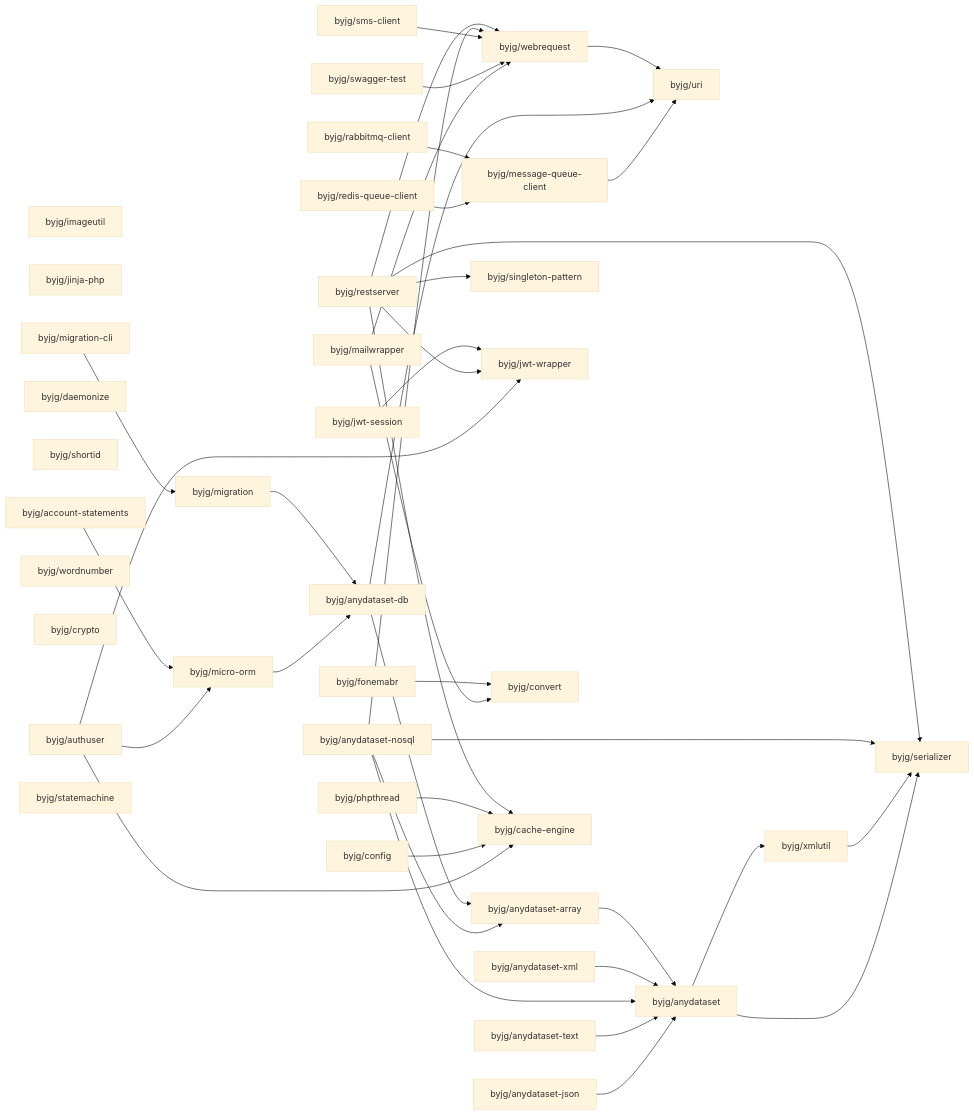
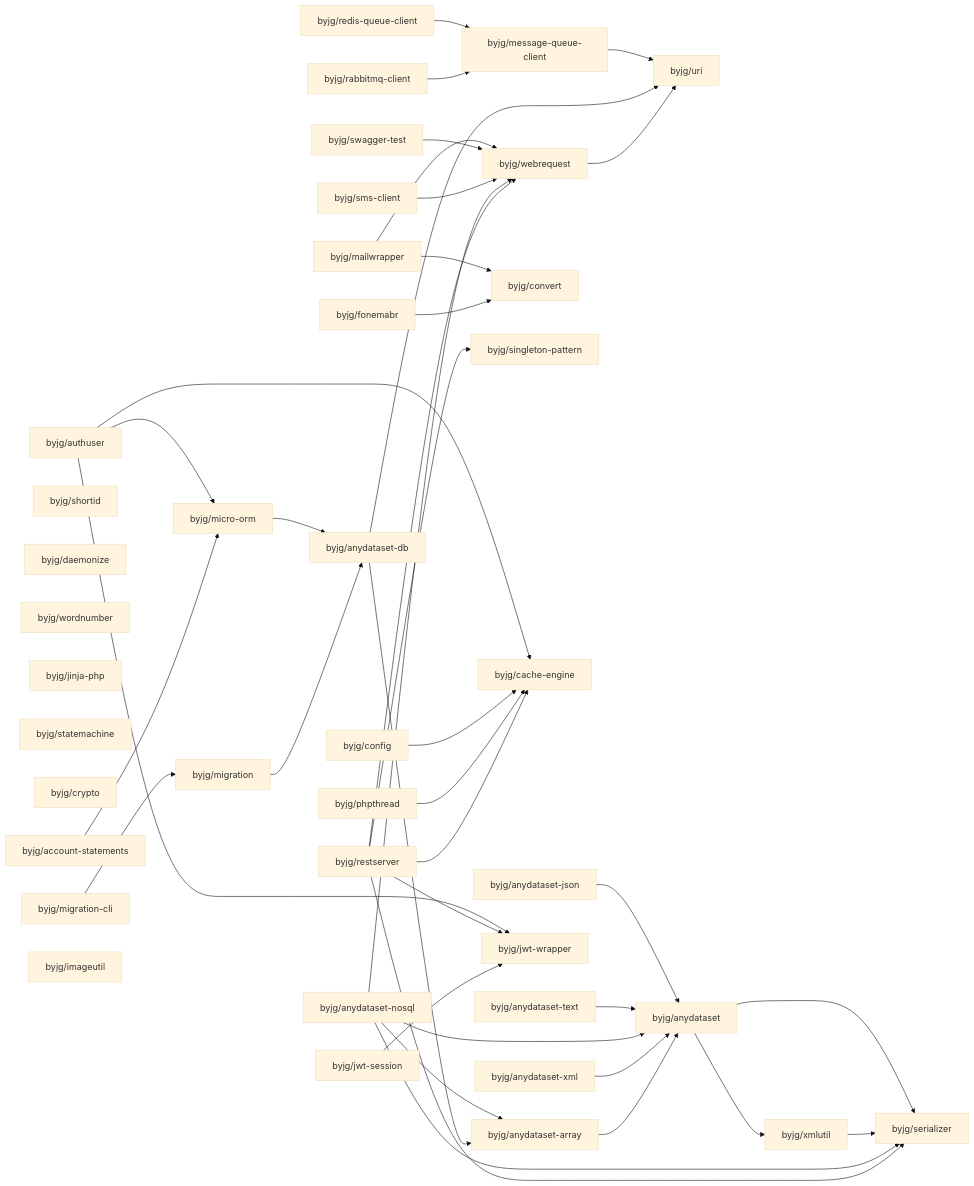
The diagram in docs/php/README.md (byjg/byjg.github.io), drawn with Mermaid (base theme) before and after one commit. The commit also changed other lines of this file, not shown here.

Commit message:
Update documentation 'php' 'php-migration'

````diff
--- a/docs/php/README.md
+++ b/docs/php/README.md
@@ -3,78 +3,78 @@
 ```mermaid
 graph LR;
+  byjg/sms-client;
+  byjg/authuser;
   byjg/anydataset-xml;
-  byjg/rabbitmq-client;
-  byjg/imageutil;
+  byjg/swagger-test;
+  byjg/shortid;
+  byjg/mailwrapper;
+  byjg/anydataset-nosql;
+  byjg/daemonize;
   byjg/fonemabr;
   byjg/jwt-session;
+  byjg/rabbitmq-client;
+  byjg/wordnumber;
+  byjg/config;
+  byjg/anydataset-text;
   byjg/jinja-php;
+  byjg/phpthread;
+  byjg/statemachine;
+  byjg/anydataset-json;
+  byjg/crypto;
+  byjg/migration-cli;
+  byjg/restserver;
   byjg/account-statements;
-  byjg/daemonize;
-  byjg/shortid;
-  byjg/migration-cli;
-  byjg/wordnumber;
   byjg/redis-queue-client;
-  byjg/sms-client;
-  byjg/phpthread;
-  byjg/anydataset-json;
-  byjg/restserver;
-  byjg/crypto;
-  byjg/swagger-test;
-  byjg/authuser;
-  byjg/anydataset-text;
-  byjg/mailwrapper;
-  byjg/anydataset-nosql;
-  byjg/statemachine;
-  byjg/config;
+  byjg/imageutil;
+  byjg/convert;
   byjg/migration;
+  byjg/singleton-pattern;
+  byjg/cache-engine;
+  byjg/webrequest;
+  byjg/jwt-wrapper;
+  byjg/micro-orm;
   byjg/message-queue-client;
-  byjg/singleton-pattern;
-  byjg/micro-orm;
-  byjg/jwt-wrapper;
-  byjg/convert;
-  byjg/webrequest;
-  byjg/cache-engine;
   byjg/anydataset-db;
   byjg/anydataset-array;
   byjg/uri;
   byjg/anydataset;
   byjg/xmlutil;
   byjg/serializer;
   byjg/account-statements --> byjg/micro-orm;
   byjg/fonemabr --> byjg/convert;
   byjg/webrequest --> byjg/uri;
   byjg/anydataset-array --> byjg/anydataset;
   byjg/anydataset-xml --> byjg/anydataset;
   byjg/rabbitmq-client --> byjg/message-queue-client;
   byjg/redis-queue-client --> byjg/message-queue-client;
   byjg/jwt-session --> byjg/jwt-wrapper;
   byjg/anydataset-db --> byjg/anydataset-array;
   byjg/anydataset-db --> byjg/uri;
   byjg/restserver --> byjg/serializer;
   byjg/restserver --> byjg/singleton-pattern;
   byjg/restserver --> byjg/cache-engine;
   byjg/restserver --> byjg/webrequest;
   byjg/restserver --> byjg/jwt-wrapper;
   byjg/migration --> byjg/anydataset-db;
   byjg/anydataset-nosql --> byjg/anydataset;
   byjg/anydataset-nosql --> byjg/anydataset-array;
   byjg/anydataset-nosql --> byjg/serializer;
   byjg/anydataset-nosql --> byjg/webrequest;
   byjg/phpthread --> byjg/cache-engine;
   byjg/sms-client --> byjg/webrequest;
   byjg/swagger-test --> byjg/webrequest;
   byjg/migration-cli --> byjg/migration;
   byjg/config --> byjg/cache-engine;
   byjg/anydataset-text --> byjg/anydataset;
   byjg/micro-orm --> byjg/anydataset-db;
   byjg/authuser --> byjg/micro-orm;
   byjg/authuser --> byjg/cache-engine;
   byjg/authuser --> byjg/jwt-wrapper;
   byjg/anydataset-json --> byjg/anydataset;
   byjg/mailwrapper --> byjg/convert;
   byjg/mailwrapper --> byjg/webrequest;
   byjg/xmlutil --> byjg/serializer;
   byjg/anydataset --> byjg/serializer;
   byjg/anydataset --> byjg/xmlutil;
   byjg/message-queue-client --> byjg/uri;
 ```
````
